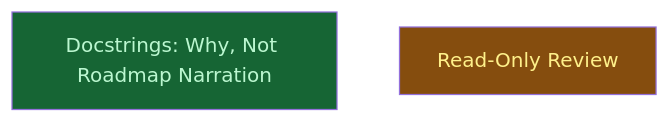
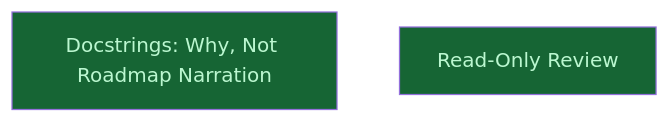
One commit to CrackingShells/colgrep-mcp changed the diagram in __roadmap__/consistency/integrate/README.md. Above: the diagram before and after it, drawn with Mermaid. The commit also changed other lines of this file and 2 other files, not shown here.

````diff
--- a/__roadmap__/consistency/integrate/README.md
+++ b/__roadmap__/consistency/integrate/README.md
@@ -23,10 +23,10 @@
 ```mermaid
 graph TD
     docstrings[Docstrings: Why, Not Roadmap Narration]:::done
-    review[Read-Only Review]:::inprogress
+    review[Read-Only Review]:::done
     classDef done       fill:#166534,color:#bbf7d0
     classDef inprogress fill:#854d0e,color:#fef08a
     classDef planned    fill:#374151,color:#e5e7eb
     classDef amendment  fill:#1e3a5f,color:#bfdbfe
     classDef blocked    fill:#7f1d1d,color:#fecaca
 ```
````
